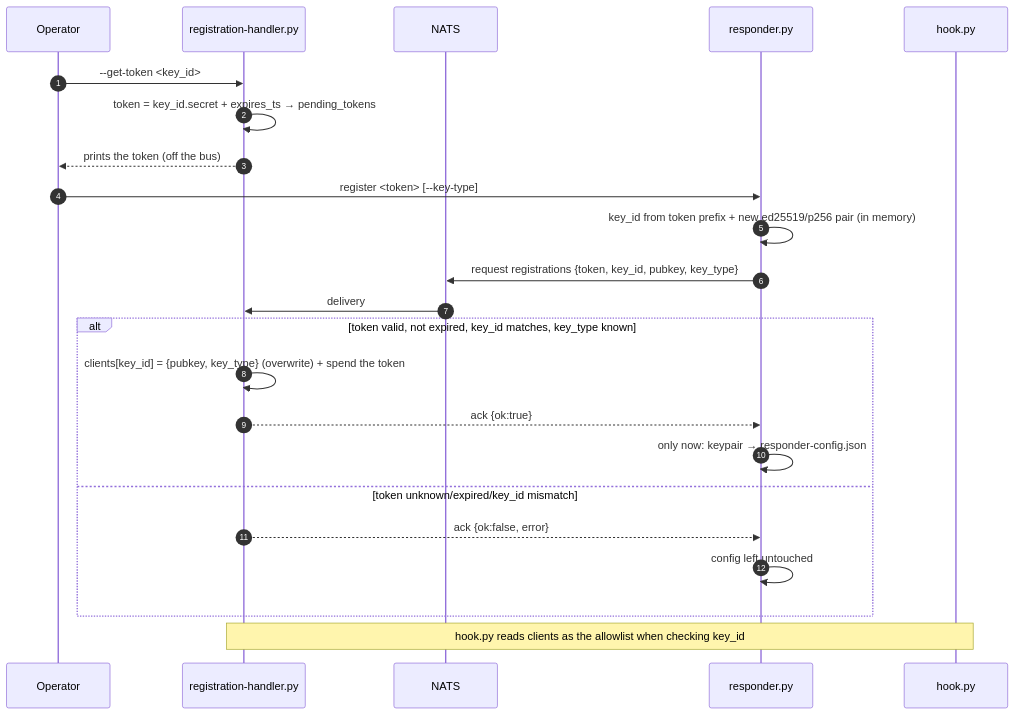
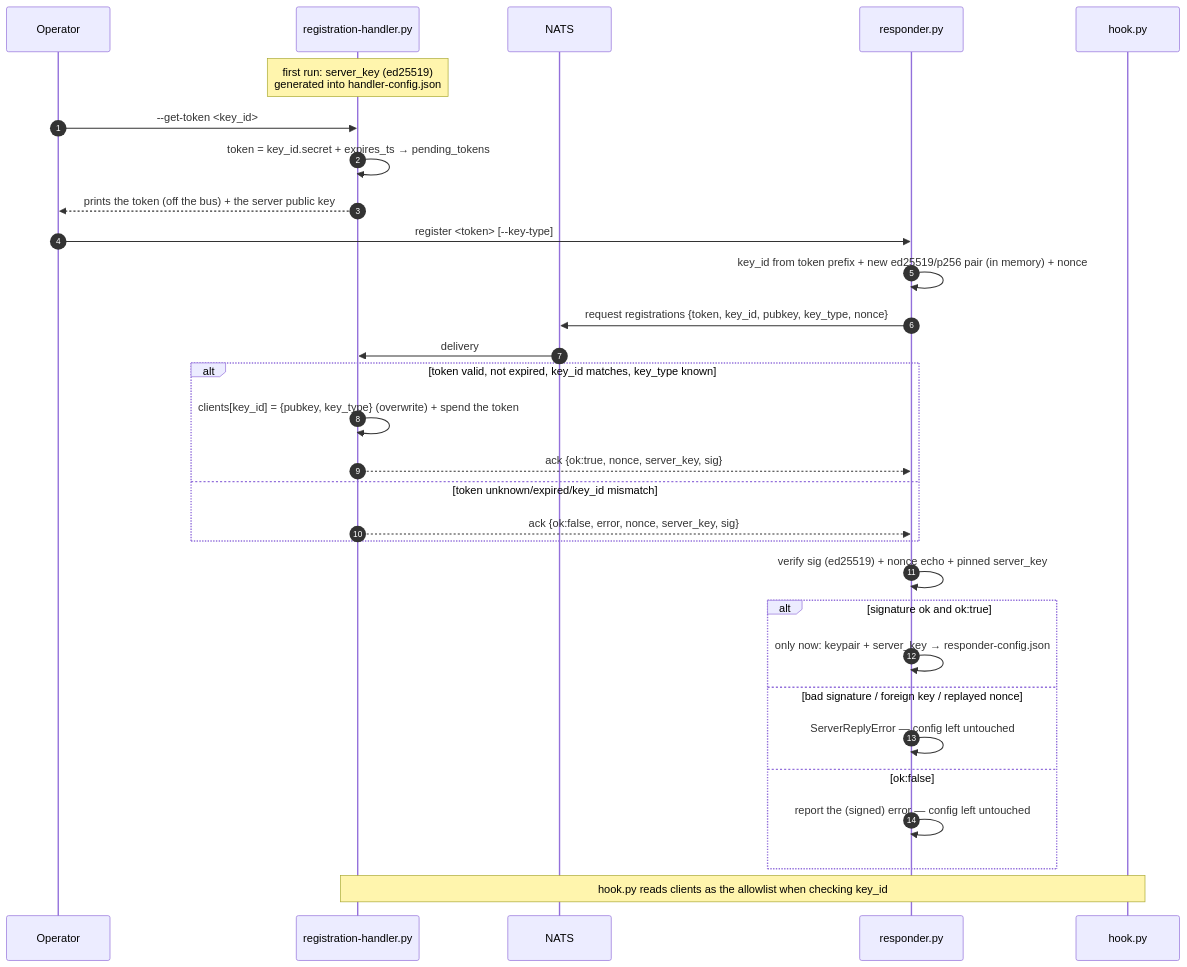
The first of 2 diagrams in CLAUDE.md (merlokk/ai-remote), drawn with Mermaid before and after one commit. The commit also changed other lines of this file and 21 other files, not shown here.

````diff
--- a/CLAUDE.md
+++ b/CLAUDE.md
@@ -186,26 +224,33 @@
 ```mermaid
 sequenceDiagram
     autonumber
     participant O as Operator
     participant RH as registration-handler.py
     participant N as NATS
     participant R as responder.py
     participant HK as hook.py
 
+    Note over RH: first run: server_key (ed25519)<br/>generated into handler-config.json
     O->>RH: --get-token <key_id>
     RH->>RH: token = key_id.secret + expires_ts → pending_tokens
-    RH-->>O: prints the token (off the bus)
+    RH-->>O: prints the token (off the bus) + the server public key
     O->>R: register <token> [--key-type]
-    R->>R: key_id from token prefix + new ed25519/p256 pair (in memory)
-    R->>N: request registrations {token, key_id, pubkey, key_type}
+    R->>R: key_id from token prefix + new ed25519/p256 pair (in memory) + nonce
+    R->>N: request registrations {token, key_id, pubkey, key_type, nonce}
     N->>RH: delivery
     alt token valid, not expired, key_id matches, key_type known
         RH->>RH: clients[key_id] = {pubkey, key_type} (overwrite) + spend the token
-        RH-->>R: ack {ok:true}
-        R->>R: only now: keypair → responder-config.json
+        RH-->>R: ack {ok:true, nonce, server_key, sig}
     else token unknown/expired/key_id mismatch
-        RH-->>R: ack {ok:false, error}
-        R->>R: config left untouched
+        RH-->>R: ack {ok:false, error, nonce, server_key, sig}
+    end
+    R->>R: verify sig (ed25519) + nonce echo + pinned server_key
+    alt signature ok and ok:true
+        R->>R: only now: keypair + server_key → responder-config.json
+    else bad signature / foreign key / replayed nonce
+        R->>R: ServerReplyError — config left untouched
+    else ok:false
+        R->>R: report the (signed) error — config left untouched
     end
     Note over RH,HK: hook.py reads clients as the allowlist when checking key_id
 ```
````
